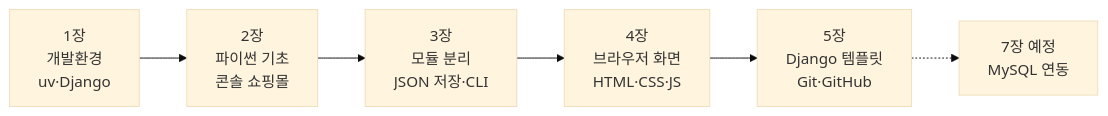
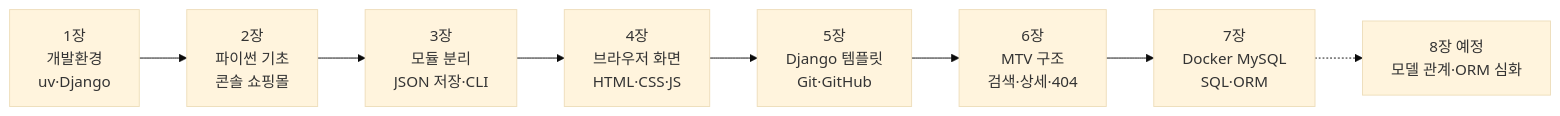
The diagram in README.md (SKN35shimsungwook/APPWORK), drawn with Mermaid (base theme) before and after one commit. The commit also changed other lines of this file and 5 other files, not shown here.

````diff
--- a/README.md
+++ b/README.md
@@ -14,8 +16,10 @@
 ```mermaid
 flowchart LR
     C1[1장<br/>개발환경<br/>uv·Django] --> C2[2장<br/>파이썬 기초<br/>콘솔 쇼핑몰]
     C2 --> C3[3장<br/>모듈 분리<br/>JSON 저장·CLI]
     C3 --> C4[4장<br/>브라우저 화면<br/>HTML·CSS·JS]
     C4 --> C5[5장<br/>Django 템플릿<br/>Git·GitHub]
-    C5 -.-> C7[7장 예정<br/>MySQL 연동]
+    C5 --> C6[6장<br/>MTV 구조<br/>검색·상세·404]
+    C6 --> C7[7장<br/>Docker MySQL<br/>SQL·ORM]
+    C7 -.-> C8[8장 예정<br/>모델 관계·ORM 심화]
 ```
````
